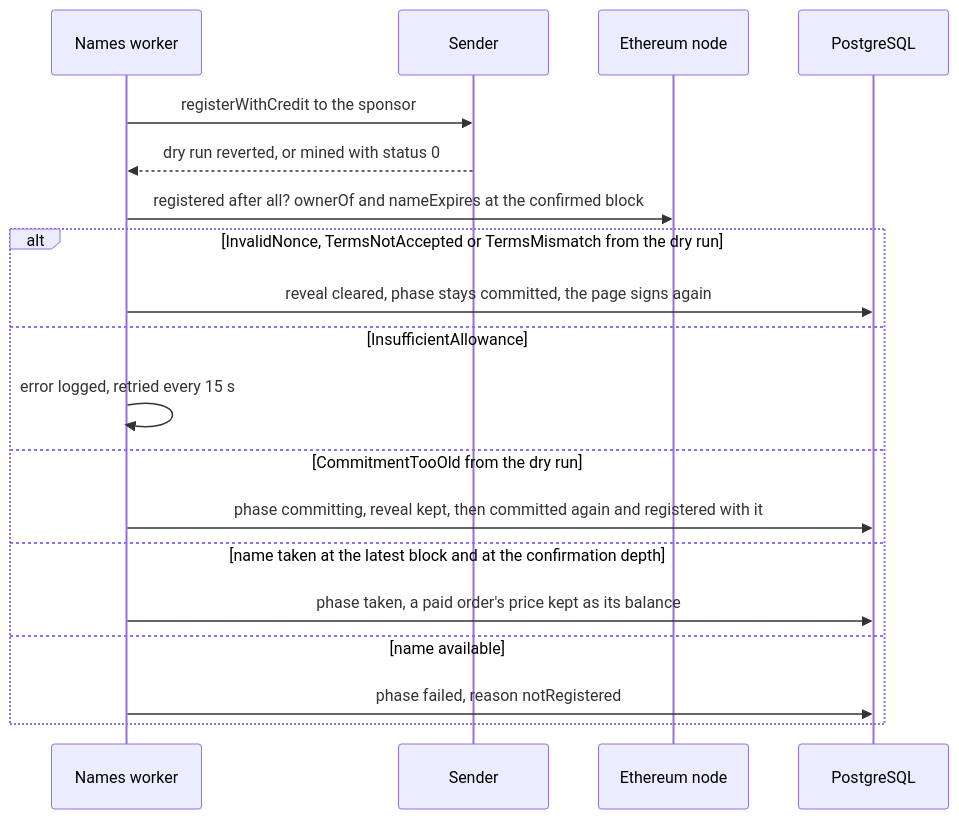
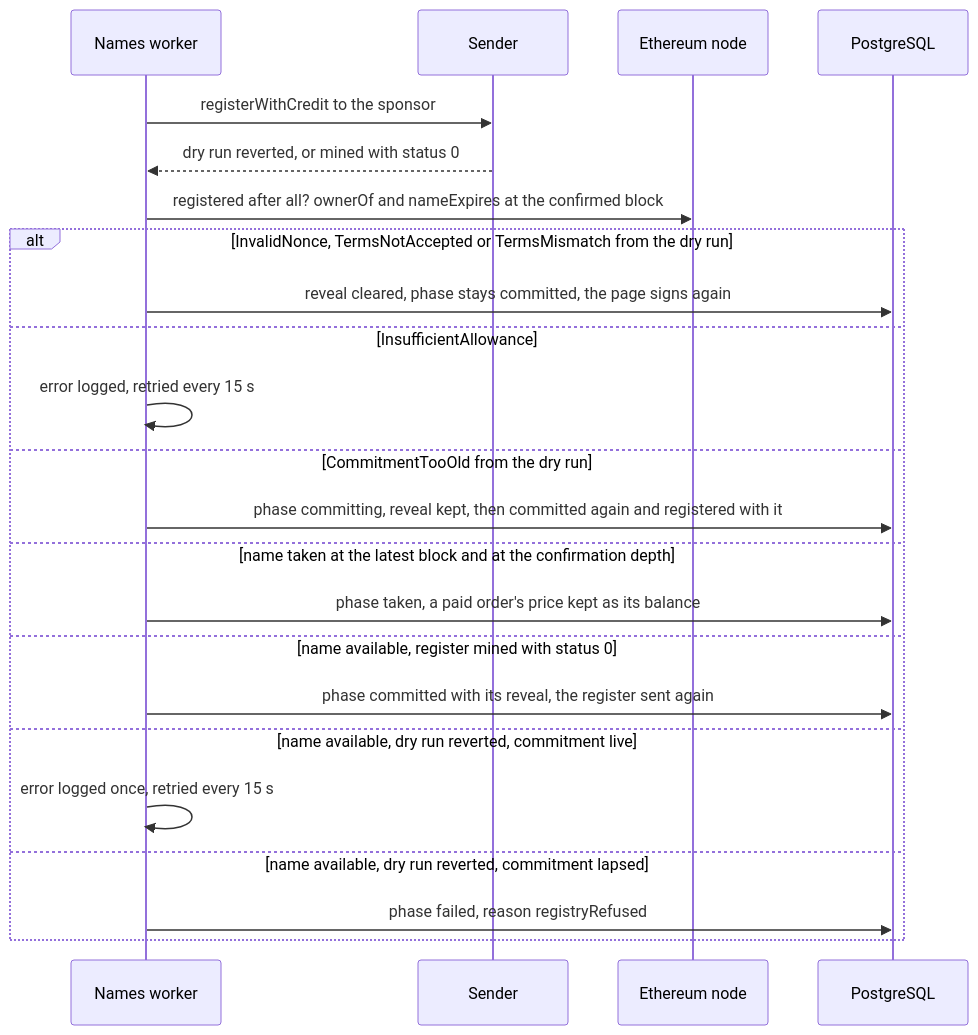
The sixth of 14 diagrams in apps/simplex-store-service/docs/names.md (simplex-chat/simplex-chat), drawn with Mermaid before and after one commit. The commit also changed other lines of this file and 17 other files, not shown here.

First line of the commit message:
names: an order whose time to sign ran out waits for its page's /retry instead of failing, and a register the registry refuses is retried while its commitment is live

````diff
--- a/apps/simplex-store-service/docs/names.md
+++ b/apps/simplex-store-service/docs/names.md
@@ -339,21 +339,25 @@
 ```mermaid
 sequenceDiagram
   participant K as Names worker
   participant S as Sender
   participant E as Ethereum node
   participant D as PostgreSQL
   K->>S: registerWithCredit to the sponsor
   S-->>K: dry run reverted, or mined with status 0
   K->>E: registered after all? ownerOf and nameExpires at the confirmed block
   alt InvalidNonce, TermsNotAccepted or TermsMismatch from the dry run
     K->>D: reveal cleared, phase stays committed, the page signs again
   else InsufficientAllowance
     K->>K: error logged, retried every 15 s
   else CommitmentTooOld from the dry run
     K->>D: phase committing, reveal kept, then committed again and registered with it
   else name taken at the latest block and at the confirmation depth
     K->>D: phase taken, a paid order's price kept as its balance
-  else name available
-    K->>D: phase failed, reason notRegistered
+  else name available, register mined with status 0
+    K->>D: phase committed with its reveal, the register sent again
+  else name available, dry run reverted, commitment live
+    K->>K: error logged once, retried every 15 s
+  else name available, dry run reverted, commitment lapsed
+    K->>D: phase failed, reason registryRefused
   end
 ```
````
